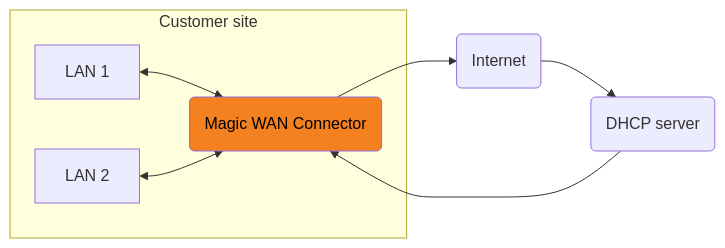
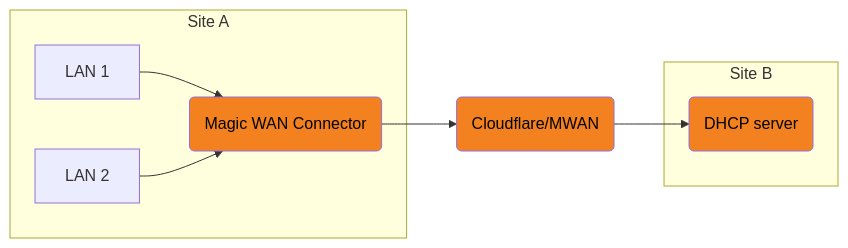
Before and after one commit to cloudflare/cloudflare-docs: the diagram in src/content/docs/magic-wan/configuration/connector/network-options/dhcp/dhcp-relay.mdx, drawn with Mermaid.

Commit message:
reworked graph

````diff
--- a/src/content/docs/magic-wan/configuration/connector/network-options/dhcp/dhcp-relay.mdx
+++ b/src/content/docs/magic-wan/configuration/connector/network-options/dhcp/dhcp-relay.mdx
@@ -10,14 +10,16 @@
 ```mermaid
 flowchart LR
 accTitle: An example of Connector in DHCP Relay mode
-    a(Magic WAN Connector) --> b(Internet) --> c(DHCP server)
+    a(Magic WAN Connector) --> b(Cloudflare/MWAN) --> c(DHCP server)
 
-    subgraph Customer site
-    d[LAN 1] <--> a
-    e[LAN 2] <--> a
+    subgraph Site A
+    d[LAN 1] --> a
+    e[LAN 2] --> a
     end
 
-    c --> a
+    subgraph Site B
+    c
+    end
     classDef orange fill:#f48120,color: black
-    class a orange
+    class a,b,c orange
 ```
````
